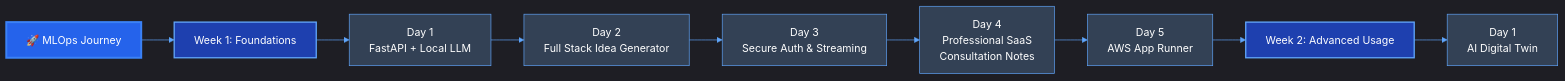
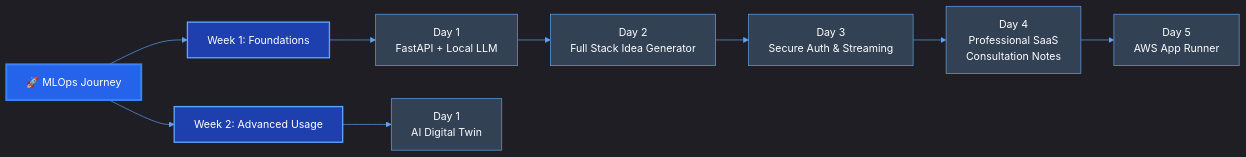
The first of 2 diagrams in README.md (baloglu321/mlops-journey), drawn with Mermaid before and after one commit. The commit also changed 1 other file, not shown here.

Commit message:
week-2 day-1 commit-2

````diff
--- a/README.md
+++ b/README.md
@@ -13,22 +13,22 @@
 ```mermaid
 %%{init: {'theme': 'dark', 'themeVariables': { 'primaryColor': '#2563eb', 'primaryTextColor': '#fff', 'primaryBorderColor': '#3b82f6', 'lineColor': '#60a5fa', 'secondaryColor': '#1e40af', 'tertiaryColor': '#1e3a8a'}}}%%
 graph LR
     A[🚀 MLOps Journey] --> B[Week 1: Foundations]
     B --> C[Day 1<br/>FastAPI + Local LLM]
     C --> D[Day 2<br/>Full Stack Idea Generator]
     D --> E[Day 3<br/>Secure Auth & Streaming]
     E --> F[Day 4<br/>Professional SaaS<br/>Consultation Notes]
     F --> G[Day 5<br/>AWS App Runner]
-    G --> H[Week 2: Advanced Usage]
+    A --> H[Week 2: Advanced Usage]
     H --> I[Day 1<br/>AI Digital Twin]
     
     style A fill:#2563eb,stroke:#3b82f6,stroke-width:3px,color:#fff
     style B fill:#1e40af,stroke:#60a5fa,stroke-width:2px,color:#fff
     style C fill:#334155,stroke:#60a5fa,color:#fff
     style D fill:#334155,stroke:#60a5fa,color:#fff
     style E fill:#334155,stroke:#60a5fa,color:#fff
     style F fill:#334155,stroke:#60a5fa,color:#fff
     style G fill:#334155,stroke:#60a5fa,color:#fff
     style H fill:#1e40af,stroke:#60a5fa,stroke-width:2px,color:#fff
     style I fill:#334155,stroke:#60a5fa,color:#fff
 ```
````
